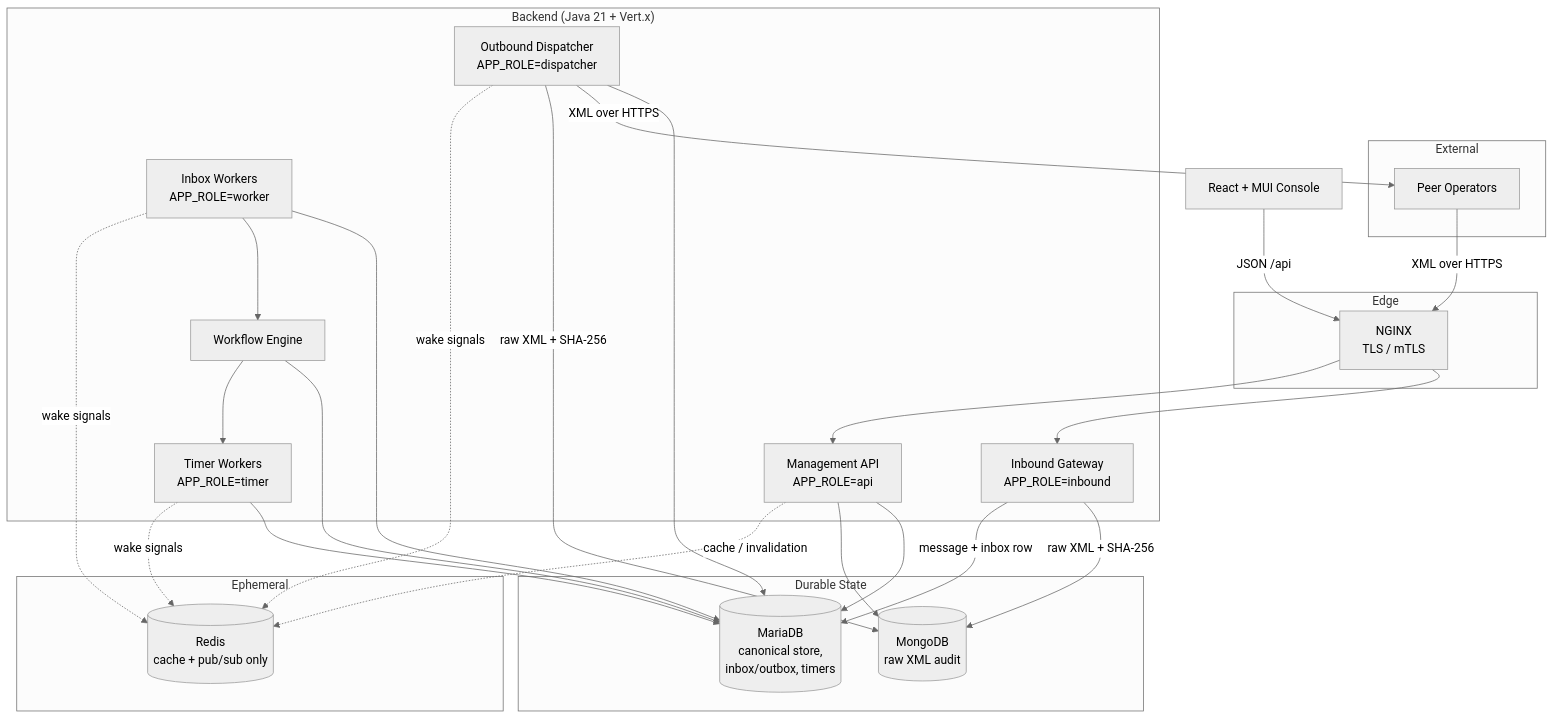
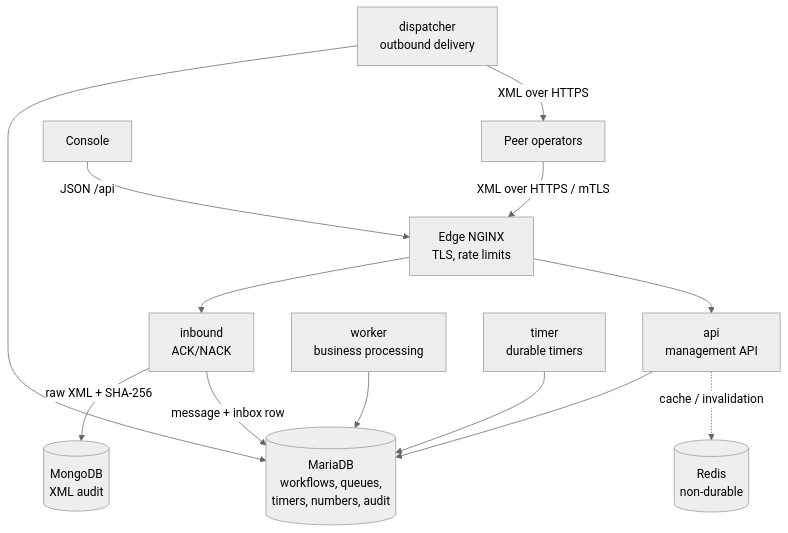
The diagram in README.md (greenfieldtech-nirs/npg), drawn with Mermaid (neutral theme) before and after one commit. The commit also changed other lines of this file and 8 other files, not shown here.

First line of the commit message:
docs: honest README, per-role state machines, open questions, OpenAPI, runbooks

````diff
--- a/README.md
+++ b/README.md
@@ -26,53 +62,15 @@
 ```mermaid
 flowchart TD
-    subgraph External
-        OP[Peer Operators]
-    end
-
-    subgraph Edge
-        NGINX[NGINX<br/>TLS / mTLS]
-    end
-
-    subgraph Backend["Backend (Java 21 + Vert.x)"]
-        IN[Inbound Gateway<br/>APP_ROLE=inbound]
-        API[Management API<br/>APP_ROLE=api]
-        WRK[Inbox Workers<br/>APP_ROLE=worker]
-        TMR[Timer Workers<br/>APP_ROLE=timer]
-        DSP[Outbound Dispatcher<br/>APP_ROLE=dispatcher]
-        WF[Workflow Engine]
-    end
-
-    subgraph Data["Durable State"]
-        MDB[(MariaDB<br/>canonical store,<br/>inbox/outbox, timers)]
-        MONGO[(MongoDB<br/>raw XML audit)]
-    end
-
-    subgraph Cache["Ephemeral"]
-        REDIS[(Redis<br/>cache + pub/sub only)]
-    end
-
-    UI[React + MUI Console]
-
-    OP -->|XML over HTTPS| NGINX
-    NGINX --> IN
-    NGINX --> API
-    UI -->|JSON /api| NGINX
-
-    IN -->|raw XML + SHA-256| MONGO
-    IN -->|message + inbox row| MDB
-    WRK --> MDB
-    WRK --> WF
-    WF --> MDB
-    WF --> TMR
-    TMR --> MDB
-    DSP --> MDB
+    OP[Peer operators] -->|XML over HTTPS / mTLS| NGINX[Edge NGINX<br/>TLS, rate limits]
+    UI[Console] -->|JSON /api| NGINX
+    NGINX --> IN[inbound<br/>ACK/NACK]
+    NGINX --> API[api<br/>management API]
+    IN -->|raw XML + SHA-256| MONGO[(MongoDB<br/>XML audit)]
+    IN -->|message + inbox row| DB[(MariaDB<br/>workflows, queues,<br/>timers, numbers, audit)]
+    WRK[worker<br/>business processing] --> DB
+    TMR[timer<br/>durable timers] --> DB
+    DSP[dispatcher<br/>outbound delivery] --> DB
     DSP -->|XML over HTTPS| OP
-    DSP -->|raw XML + SHA-256| MONGO
-    API --> MDB
-    API --> MONGO
-
-    WRK -.->|wake signals| REDIS
-    TMR -.->|wake signals| REDIS
-    DSP -.->|wake signals| REDIS
-    API -.->|cache / invalidation| REDIS
+    API --> DB
+    API -.->|cache / invalidation| REDIS[(Redis<br/>non-durable)]
 ```
````
